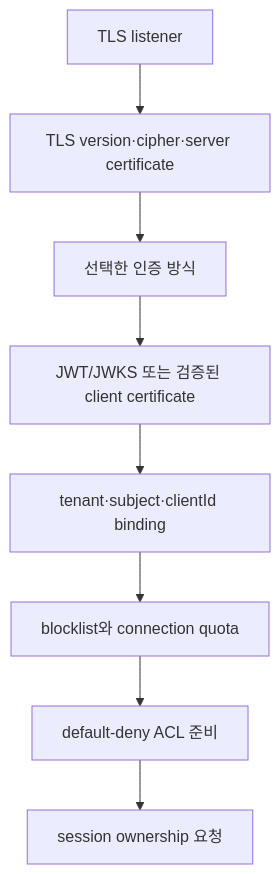
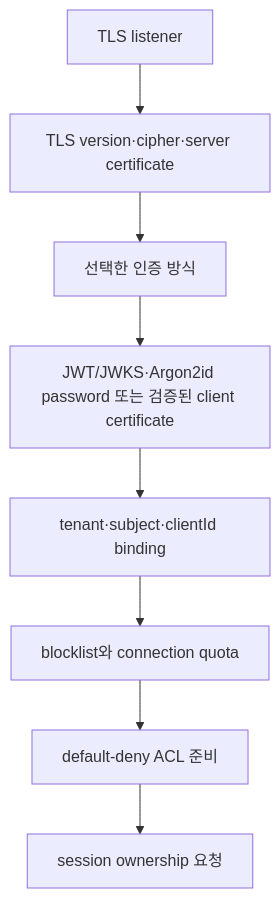
Before and after one commit to kayden-kim/narumq: the diagram in docs/specs/tenancy-and-security.md, drawn with Mermaid. The commit also changed other lines of this file and 43 other files, not shown here.

````diff
--- a/docs/specs/tenancy-and-security.md
+++ b/docs/specs/tenancy-and-security.md
@@ -31,10 +31,10 @@
 ```mermaid
 flowchart TD
     A["TLS listener"] --> B["TLS version·cipher·server certificate"]
     B --> C["선택한 인증 방식"]
-    C["선택한 인증 방식"] --> D["JWT/JWKS 또는 검증된 client certificate"]
+    C["선택한 인증 방식"] --> D["JWT/JWKS·Argon2id password 또는 검증된 client certificate"]
     D --> E["tenant·subject·clientId binding"]
     E --> F["blocklist와 connection quota"]
     F --> G["default-deny ACL 준비"]
     G --> H["session ownership 요청"]
 ```
````
